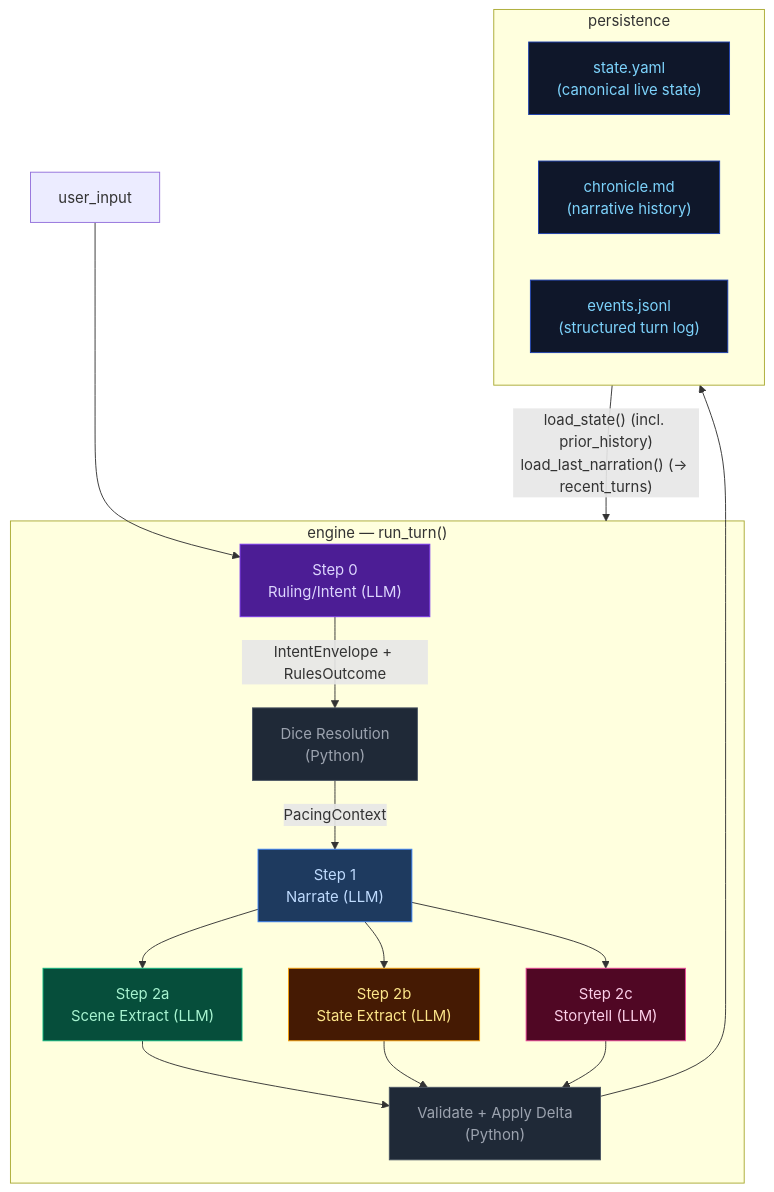
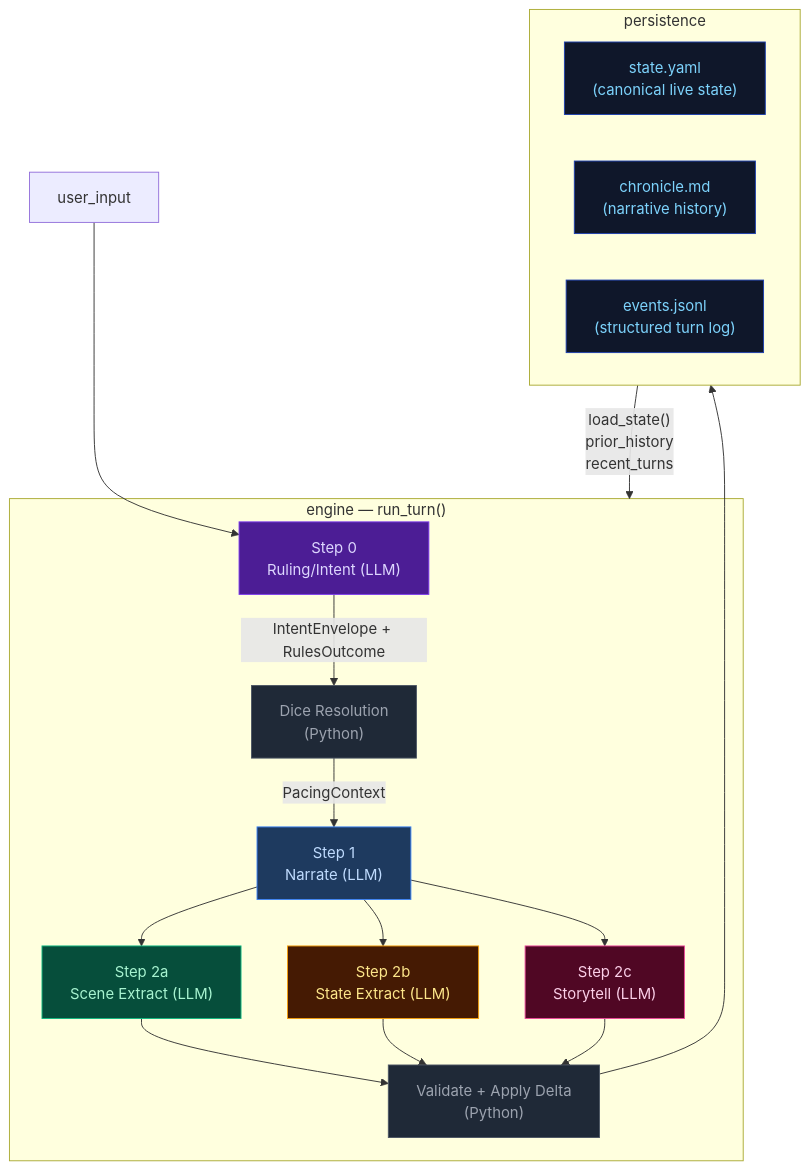
The diagram in docs/architecture/OVERVIEW.md (pww217/fablethread), drawn with Mermaid before and after one commit. The commit also changed other lines of this file and 6 other files, not shown here.

````diff
--- a/docs/architecture/OVERVIEW.md
+++ b/docs/architecture/OVERVIEW.md
@@ -10,36 +10,36 @@
 ```mermaid
 flowchart TD
     classDef stageRules    fill:#4c1d95,color:#ddd6fe,stroke:#7c3aed
     classDef stageNarrate  fill:#1e3a5f,color:#bfdbfe,stroke:#3b82f6
     classDef stageScene    fill:#064e3b,color:#a7f3d0,stroke:#10b981
     classDef stageState    fill:#451a03,color:#fde68a,stroke:#f59e0b
     classDef stageProgress fill:#500724,color:#fbcfe8,stroke:#ec4899
     classDef storageNode   fill:#0f172a,color:#7dd3fc,stroke:#1e40af
     classDef pyNode        fill:#1f2937,color:#9ca3af,stroke:#4b5563
 
     USER["user_input"]
 
     subgraph ENGINE["engine — run_turn()"]
         STEP0["Step 0<br>Ruling/Intent (LLM)"]:::stageRules
         DICE["Dice Resolution<br>(Python)"]:::pyNode
         STEP1["Step 1<br>Narrate (LLM)"]:::stageNarrate
         STEP2A["Step 2a<br>Scene Extract (LLM)"]:::stageScene
         STEP2B["Step 2b<br>State Extract (LLM)"]:::stageState
         STEP2C["Step 2c<br>Storytell (LLM)"]:::stageProgress
         VALIDATE["Validate + Apply Delta<br>(Python)"]:::pyNode
     end
 
     subgraph PERSISTENCE["persistence"]
         STATE["state.yaml<br>(canonical live state)"]:::storageNode
         CHRONICLE["chronicle.md<br>(narrative history)"]:::storageNode
         EVENTS["events.jsonl<br>(structured turn log)"]:::storageNode
     end
 
     USER --> STEP0
     STEP0 -- "IntentEnvelope + RulesOutcome" --> DICE
     DICE -- "PacingContext" --> STEP1
     STEP1 --> STEP2A & STEP2B & STEP2C
     STEP2A & STEP2B & STEP2C --> VALIDATE
     VALIDATE --> PERSISTENCE
-    PERSISTENCE -- "load_state() (incl. prior_history)<br>load_last_narration() (→ recent_turns)" --> ENGINE
+    PERSISTENCE -- "load_state()<br>prior_history<br>recent_turns" --> ENGINE
 ```
````
